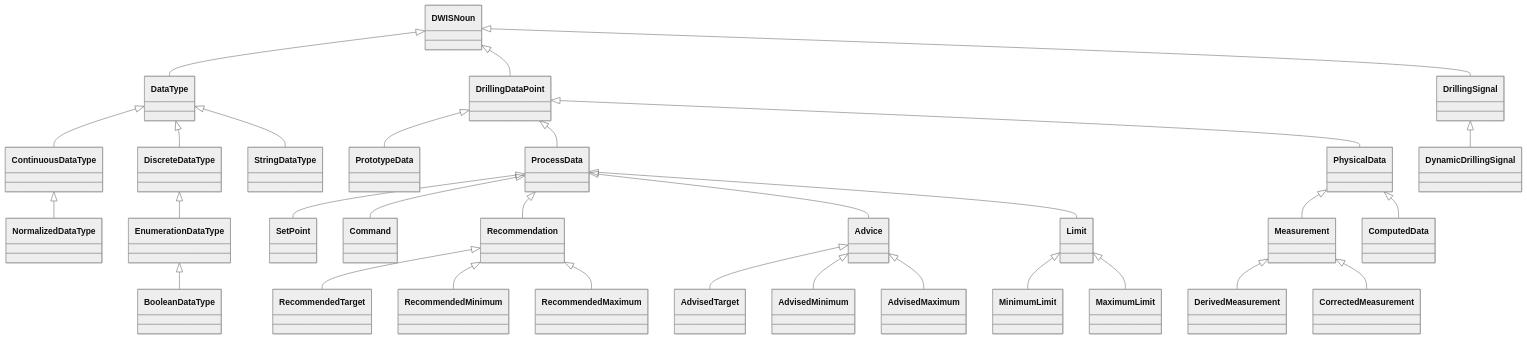
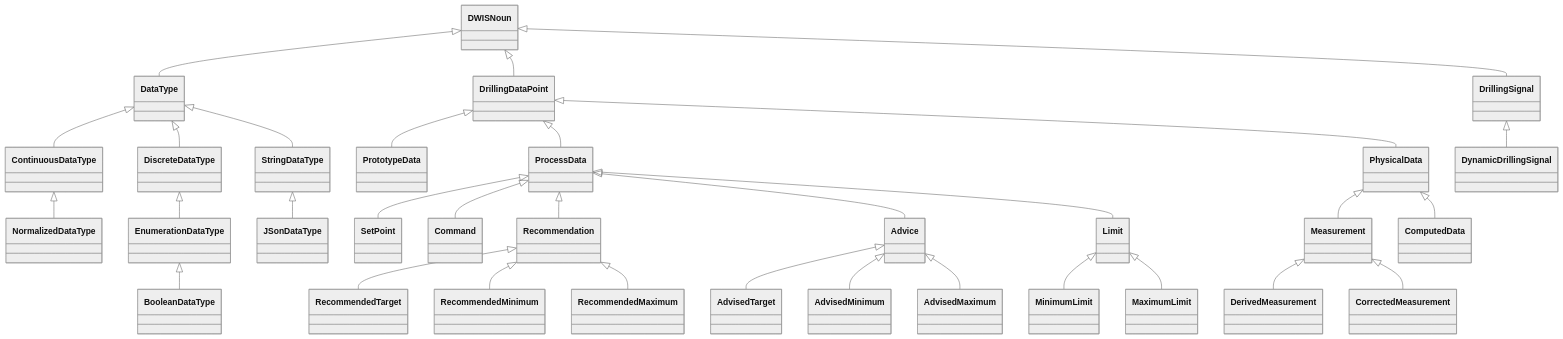
One commit to D-WIS/DDHub-Semantic-Interoperability changed the first of 3 diagrams in docs/vocabulary_development/auto-generated/md/definition-files/DrillingDataSemantics.md. Above: the diagram before and after it, drawn with Mermaid (neutral theme). The commit also changed other lines of this file and 16 other files, not shown here.

````diff
--- a/docs/vocabulary_development/auto-generated/md/definition-files/DrillingDataSemantics.md
+++ b/docs/vocabulary_development/auto-generated/md/definition-files/DrillingDataSemantics.md
@@ -8,33 +8,34 @@
 ```mermaid
 classDiagram
 DWISNoun <|-- DataType
 DataType <|-- ContinuousDataType
 ContinuousDataType <|-- NormalizedDataType
 DataType <|-- DiscreteDataType
 DiscreteDataType <|-- EnumerationDataType
 EnumerationDataType <|-- BooleanDataType
 DataType <|-- StringDataType
+StringDataType <|-- JSonDataType
 DWISNoun <|-- DrillingDataPoint
 DrillingDataPoint <|-- PrototypeData
 DrillingDataPoint <|-- ProcessData
 ProcessData <|-- SetPoint
 ProcessData <|-- Command
 ProcessData <|-- Recommendation
 Recommendation <|-- RecommendedTarget
 Recommendation <|-- RecommendedMinimum
 Recommendation <|-- RecommendedMaximum
 ProcessData <|-- Advice
 Advice <|-- AdvisedTarget
 Advice <|-- AdvisedMinimum
 Advice <|-- AdvisedMaximum
 ProcessData <|-- Limit
 Limit <|-- MinimumLimit
 Limit <|-- MaximumLimit
 DrillingDataPoint <|-- PhysicalData
 PhysicalData <|-- Measurement
 Measurement <|-- DerivedMeasurement
 Measurement <|-- CorrectedMeasurement
 PhysicalData <|-- ComputedData
 DWISNoun <|-- DrillingSignal
 DrillingSignal <|-- DynamicDrillingSignal
 ```
````
